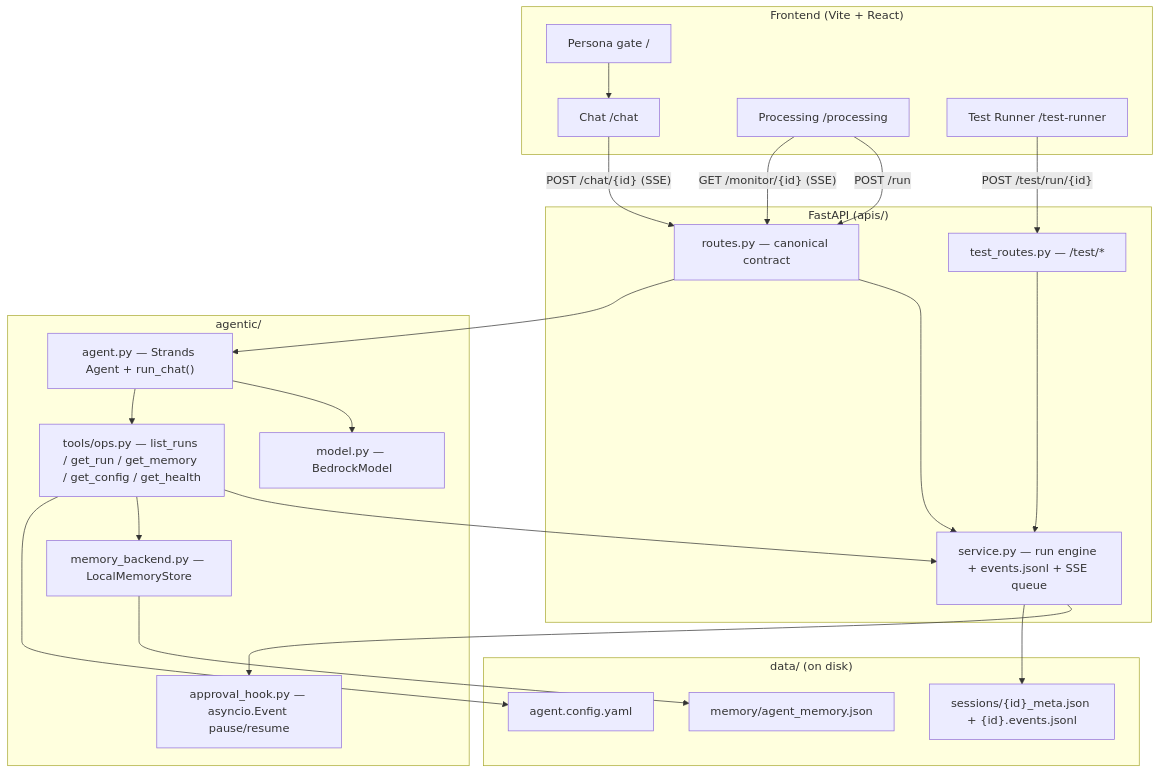
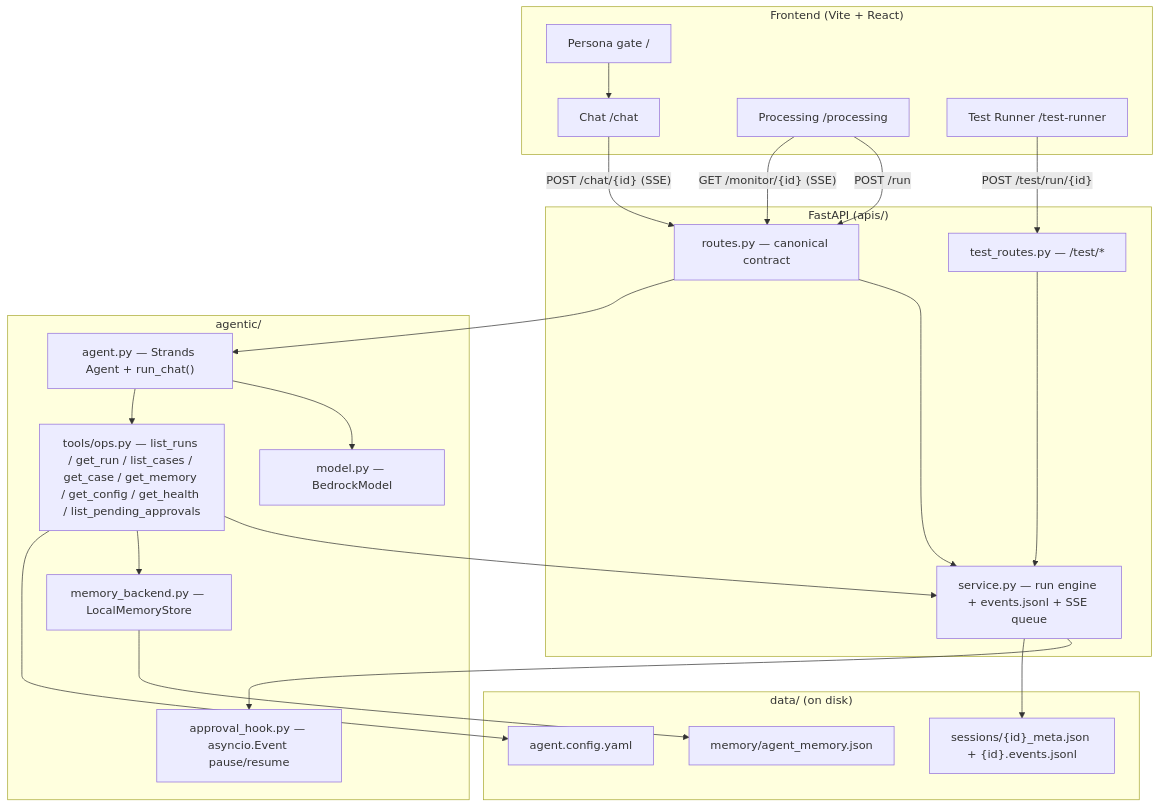
Before and after one commit to yaseengem/ai-lab: the diagram in demos/demo0/agents/agentx_v2_0/architecture.md, drawn with Mermaid. The commit also changed other lines of this file and 3 other files, not shown here.

First line of the commit message:
feat(agentx_v2_0): add case + pending-approval ops tools to chat agent

````diff
--- a/demos/demo0/agents/agentx_v2_0/architecture.md
+++ b/demos/demo0/agents/agentx_v2_0/architecture.md
@@ -32,47 +33,47 @@
 ```mermaid
 flowchart TD
     subgraph FE["Frontend (Vite + React)"]
         GATE["Persona gate /"]
         CHAT["Chat /chat"]
         PROC["Processing /processing"]
         TEST["Test Runner /test-runner"]
     end
 
     subgraph API["FastAPI (apis/)"]
         ROUTES["routes.py — canonical contract"]
         TROUTES["test_routes.py — /test/*"]
         SVC["service.py — run engine + events.jsonl + SSE queue"]
     end
 
     subgraph AGENTIC["agentic/"]
         AGENT["agent.py — Strands Agent + run_chat()"]
-        TOOLS["tools/ops.py — list_runs / get_run / get_memory / get_config / get_health"]
+        TOOLS["tools/ops.py — list_runs / get_run / list_cases / get_case / get_memory / get_config / get_health / list_pending_approvals"]
         HOOK["approval_hook.py — asyncio.Event pause/resume"]
         MEM["memory_backend.py — LocalMemoryStore"]
         MODEL["model.py — BedrockModel"]
     end
 
     subgraph DISK["data/ (on disk)"]
         SESS["sessions/{id}_meta.json + {id}.events.jsonl"]
         MJSON["memory/agent_memory.json"]
         CFG["agent.config.yaml"]
     end
 
     GATE --> CHAT
     CHAT -->|"POST /chat/{id} (SSE)"| ROUTES
     PROC -->|"POST /run"| ROUTES
     PROC -->|"GET /monitor/{id} (SSE)"| ROUTES
     TEST -->|"POST /test/run/{id}"| TROUTES
 
     ROUTES --> SVC
     TROUTES --> SVC
     ROUTES --> AGENT
     AGENT --> MODEL
     AGENT --> TOOLS
     TOOLS --> SVC
     TOOLS --> MEM
     TOOLS --> CFG
     SVC --> HOOK
     SVC --> SESS
     MEM --> MJSON
 ```
````
